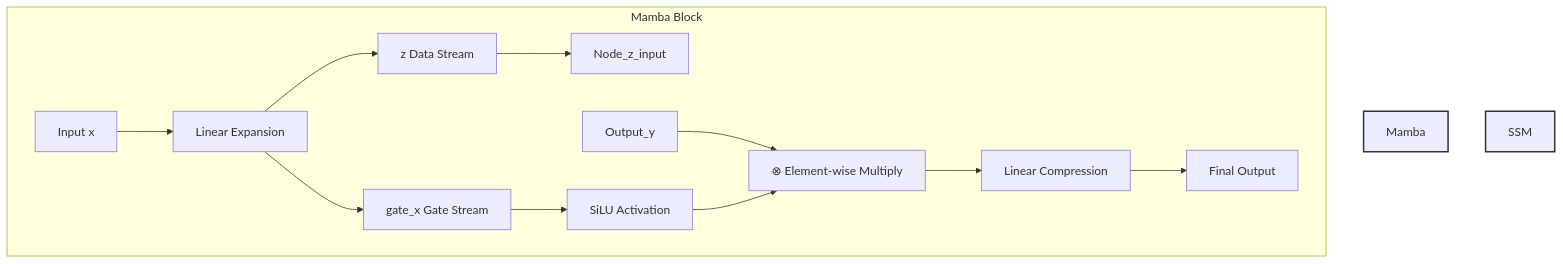
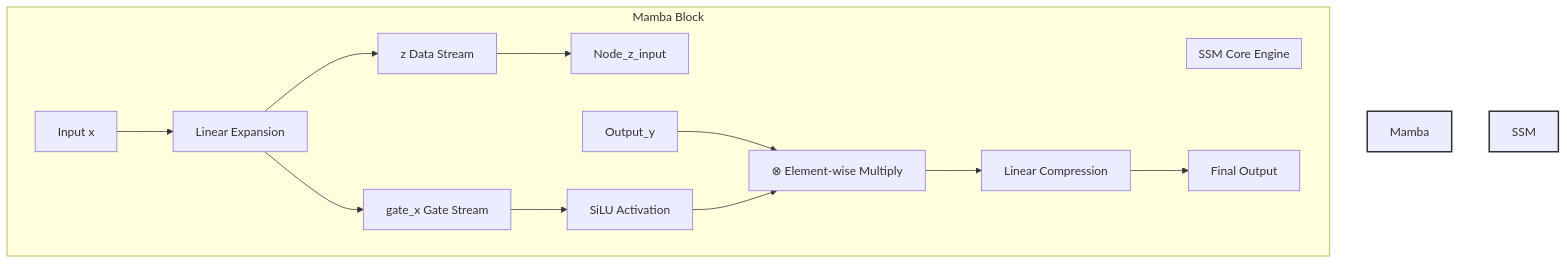
Before and after one commit to PsyduckNpc/iodraw-files: the diagram in all/未命名.md, drawn with Mermaid.

Commit message:
2025-09-28 14:13:50 update

````diff
--- a/all/未命名.md
+++ b/all/未命名.md
@@ -1,28 +1,33 @@
 ```mermaid
 graph TD
     subgraph Mamba Block
         direction LR
         
         %% --- Step 1: Input Expansion & Gating ---
         Input_x[Input x] --> Linear_Expand[Linear Expansion]
         Linear_Expand --> Stream_z[z Data Stream]
         Linear_Expand --> Stream_gate[gate_x Gate Stream]
         
-        
+        %% --- Step 2: SSM Core Engine ---
+        subgraph SSM Core Engine
+            direction TB
+            
+            
+        end
         
         %% --- Connecting the main stream to the subgraph ---
         Stream_z --> Node_z_input;
         
         %% --- Step 3: Final Gating & Output ---
         Stream_gate --> SiLU[SiLU Activation];
         Output_y --> Multiply[⊗ Element-wise Multiply];
         SiLU --> Multiply;
         
         Multiply --> Linear_Compress[Linear Compression];
         Linear_Compress --> Final_Output[Final Output];
     end
 
     %% --- Styling ---
     style Mamba Block fill:#f9f,stroke:#333,stroke-width:2px
     style SSM Core Engine fill:#bdf,stroke:#333,stroke-width:2px
 ```
````
